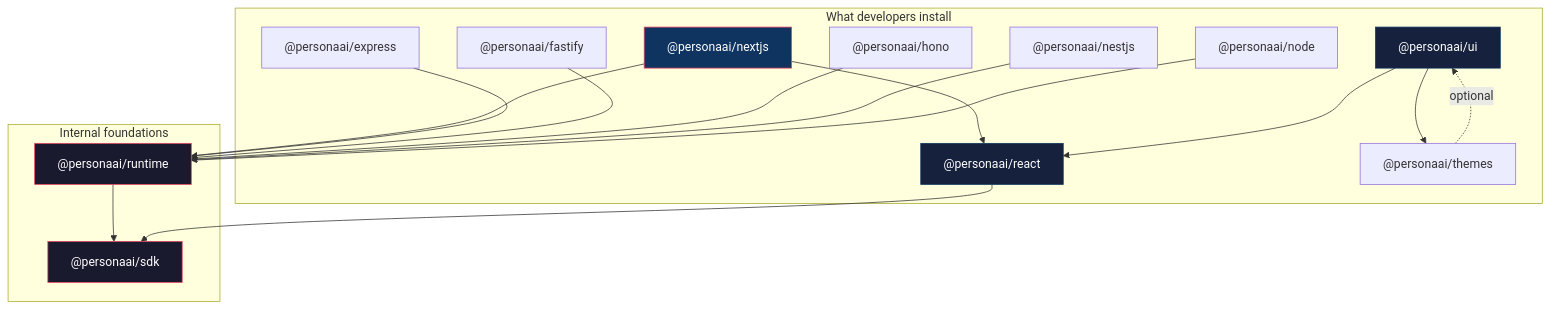
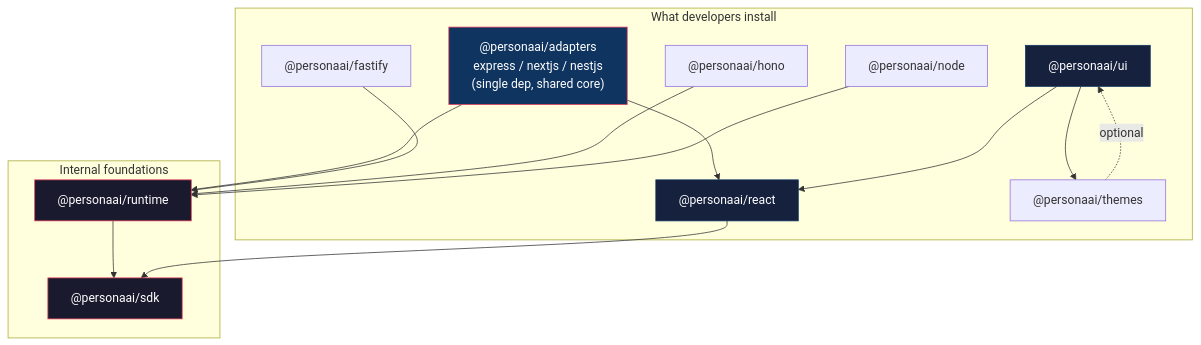
Before and after one commit to hasanraiyan/agent-marketplace: the diagram in product-research/11-sdk-new/package-ecosystem.md, drawn with Mermaid. The commit also changed other lines of this file, not shown here.

````diff
--- a/product-research/11-sdk-new/package-ecosystem.md
+++ b/product-research/11-sdk-new/package-ecosystem.md
@@ -26,38 +28,34 @@
 ```mermaid
 graph TD
     subgraph "What developers install"
-        NEXT["@personaai/nextjs"]
-        EXPRESS["@personaai/express"]
+        ADAPTERS["@personaai/adapters<br/>express / nextjs / nestjs<br/>(single dep, shared core)"]
         FASTIFY["@personaai/fastify"]
         HONO["@personaai/hono"]
-        NEST["@personaai/nestjs"]
         NODE["@personaai/node"]
         REACT["@personaai/react"]
         UI["@personaai/ui"]
         THEMES["@personaai/themes"]
     end
 
     subgraph "Internal foundations"
         SDK["@personaai/sdk"]
         RUNTIME["@personaai/runtime"]
     end
 
-    NEXT --> RUNTIME
-    NEXT --> REACT
-    EXPRESS --> RUNTIME
+    ADAPTERS --> RUNTIME
+    ADAPTERS --> REACT
     FASTIFY --> RUNTIME
     HONO --> RUNTIME
-    NEST --> RUNTIME
     NODE --> RUNTIME
     RUNTIME --> SDK
     REACT --> SDK
     UI --> REACT
     UI --> THEMES
     THEMES -.->|"optional"| UI
 
     style SDK fill:#1a1a2e,stroke:#e94560,color:#fff
     style RUNTIME fill:#1a1a2e,stroke:#e94560,color:#fff
-    style NEXT fill:#0f3460,stroke:#e94560,color:#fff
+    style ADAPTERS fill:#0f3460,stroke:#e94560,color:#fff
     style REACT fill:#16213e,stroke:#0f3460,color:#fff
     style UI fill:#16213e,stroke:#0f3460,color:#fff
 ```
````
